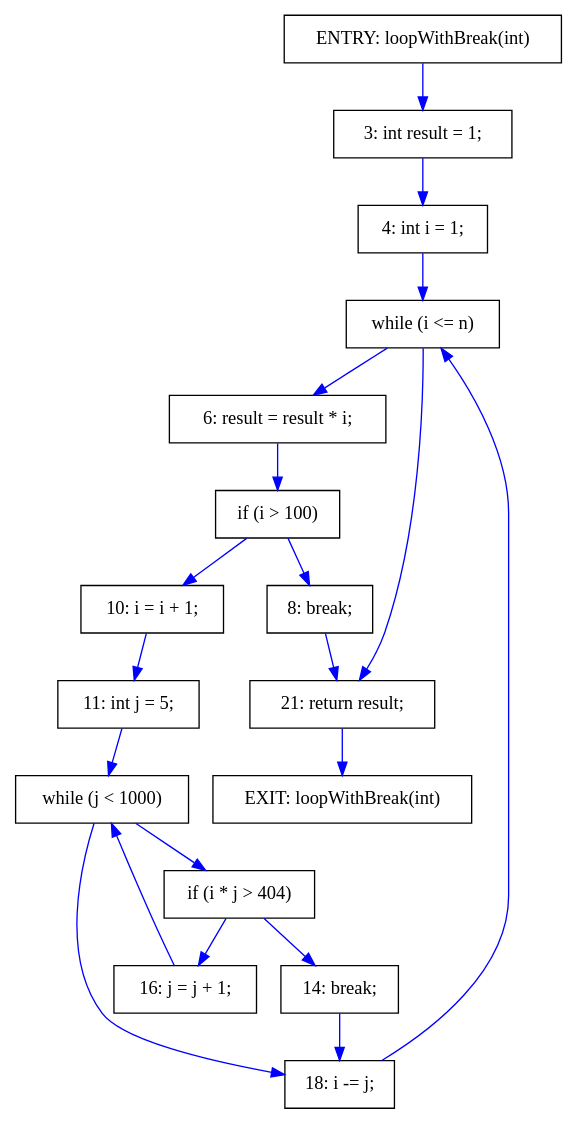
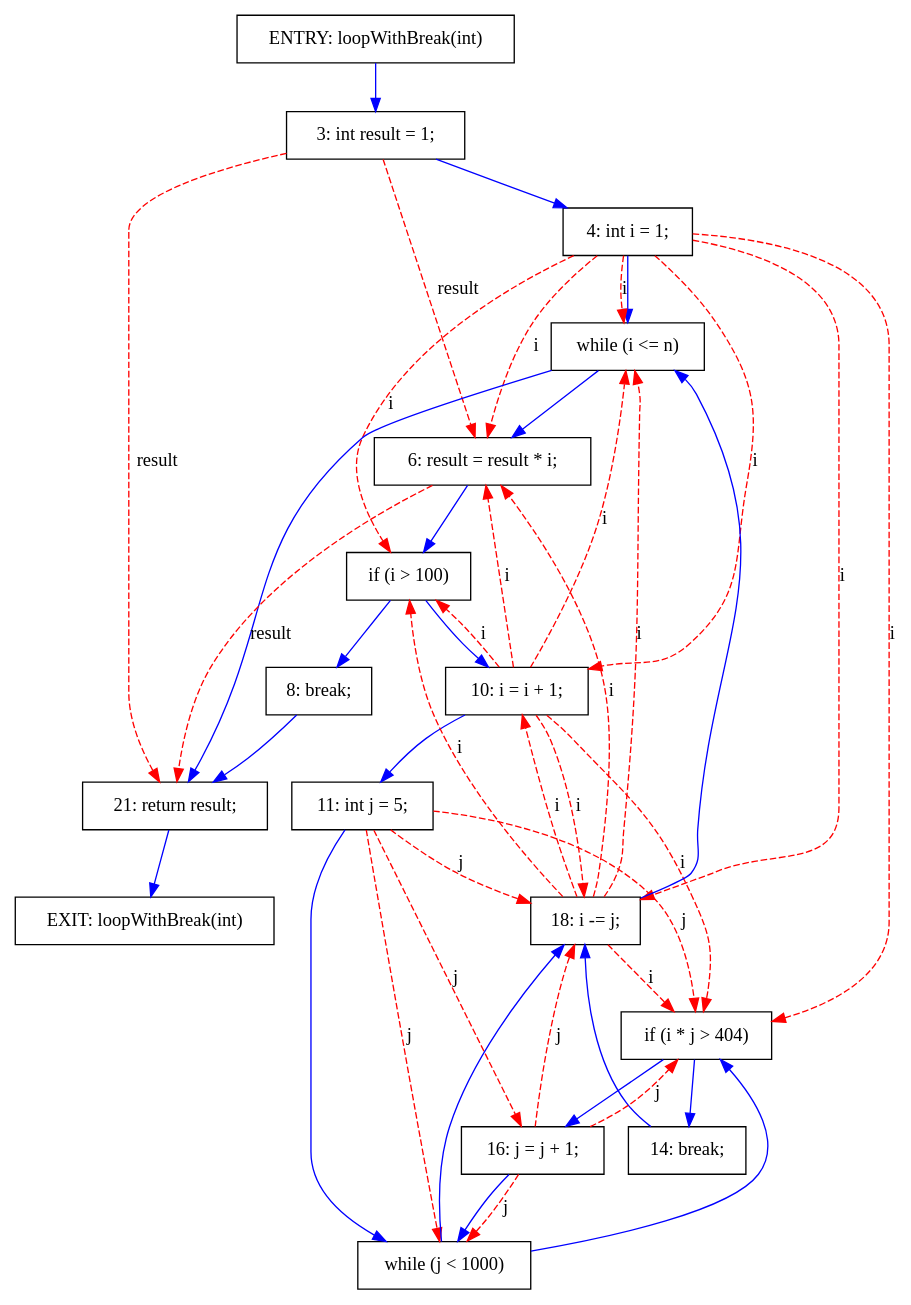
One commit to khaser/java-pdg changed the diagram in results/LoopWithBreak.dot. Above: the diagram before and after it, drawn with Graphviz. The commit also changed 19 other files, not shown here.

```diff
--- a/results/LoopWithBreak.dot
+++ b/results/LoopWithBreak.dot
@@ -1,41 +1,67 @@
 digraph PDG {
   rankdir=TB;
   node [shape=box];
 
   node0 [label="ENTRY: loopWithBreak(int)"];
   node1 [label="EXIT: loopWithBreak(int)"];
   node2 [label="3: int result = 1;"];
   node3 [label="4: int i = 1;"];
   node4 [label="while (i <= n)"];
   node5 [label="6: result = result * i;"];
   node6 [label="if (i > 100)"];
   node7 [label="8: break;"];
   node8 [label="10: i = i + 1;"];
   node9 [label="11: int j = 5;"];
   node10 [label="while (j < 1000)"];
   node11 [label="if (i * j > 404)"];
   node12 [label="14: break;"];
   node13 [label="16: j = j + 1;"];
   node14 [label="18: i -= j;"];
   node15 [label="21: return result;"];
 
   node6 -> node7 [label="", color=blue];
   node11 -> node12 [label="", color=blue];
   node10 -> node11 [label="", color=blue];
   node6 -> node8 [label="", color=blue];
   node4 -> node5 [label="", color=blue];
   node0 -> node2 [label="", color=blue];
   node2 -> node3 [label="", color=blue];
   node3 -> node4 [label="", color=blue];
   node4 -> node15 [label="", color=blue];
   node5 -> node6 [label="", color=blue];
   node7 -> node15 [label="", color=blue];
   node8 -> node9 [label="", color=blue];
   node9 -> node10 [label="", color=blue];
   node10 -> node14 [label="", color=blue];
   node12 -> node14 [label="", color=blue];
   node11 -> node13 [label="", color=blue];
   node13 -> node10 [label="", color=blue];
   node14 -> node4 [label="", color=blue];
   node15 -> node1 [label="", color=blue];
+  node2 -> node5 [label="result", color=red, style=dashed];
+  node2 -> node15 [label="result", color=red, style=dashed];
+  node5 -> node15 [label="result", color=red, style=dashed];
+  node3 -> node4 [label="i", color=red, style=dashed];
+  node3 -> node5 [label="i", color=red, style=dashed];
+  node3 -> node6 [label="i", color=red, style=dashed];
+  node3 -> node8 [label="i", color=red, style=dashed];
+  node3 -> node11 [label="i", color=red, style=dashed];
+  node3 -> node14 [label="i", color=red, style=dashed];
+  node8 -> node4 [label="i", color=red, style=dashed];
+  node8 -> node5 [label="i", color=red, style=dashed];
+  node8 -> node6 [label="i", color=red, style=dashed];
+  node8 -> node11 [label="i", color=red, style=dashed];
+  node8 -> node14 [label="i", color=red, style=dashed];
+  node14 -> node4 [label="i", color=red, style=dashed];
+  node14 -> node5 [label="i", color=red, style=dashed];
+  node14 -> node6 [label="i", color=red, style=dashed];
+  node14 -> node8 [label="i", color=red, style=dashed];
+  node14 -> node11 [label="i", color=red, style=dashed];
+  node9 -> node10 [label="j", color=red, style=dashed];
+  node9 -> node11 [label="j", color=red, style=dashed];
+  node9 -> node13 [label="j", color=red, style=dashed];
+  node9 -> node14 [label="j", color=red, style=dashed];
+  node13 -> node10 [label="j", color=red, style=dashed];
+  node13 -> node11 [label="j", color=red, style=dashed];
+  node13 -> node14 [label="j", color=red, style=dashed];
 }
```
